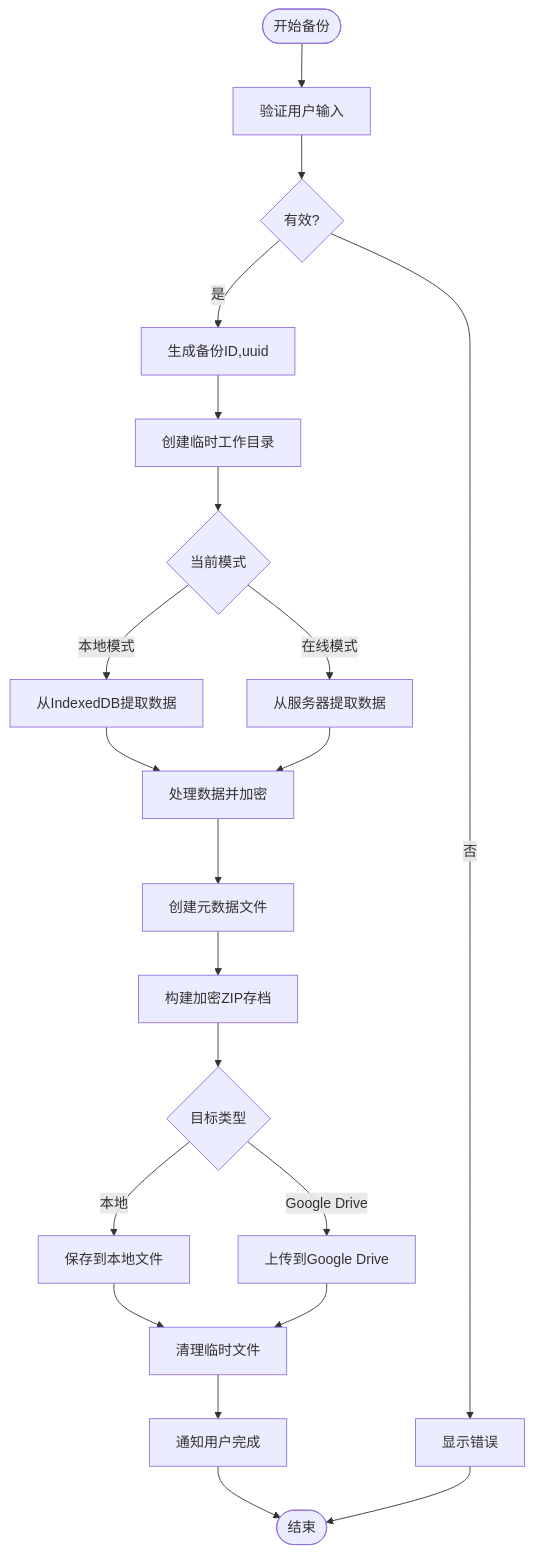
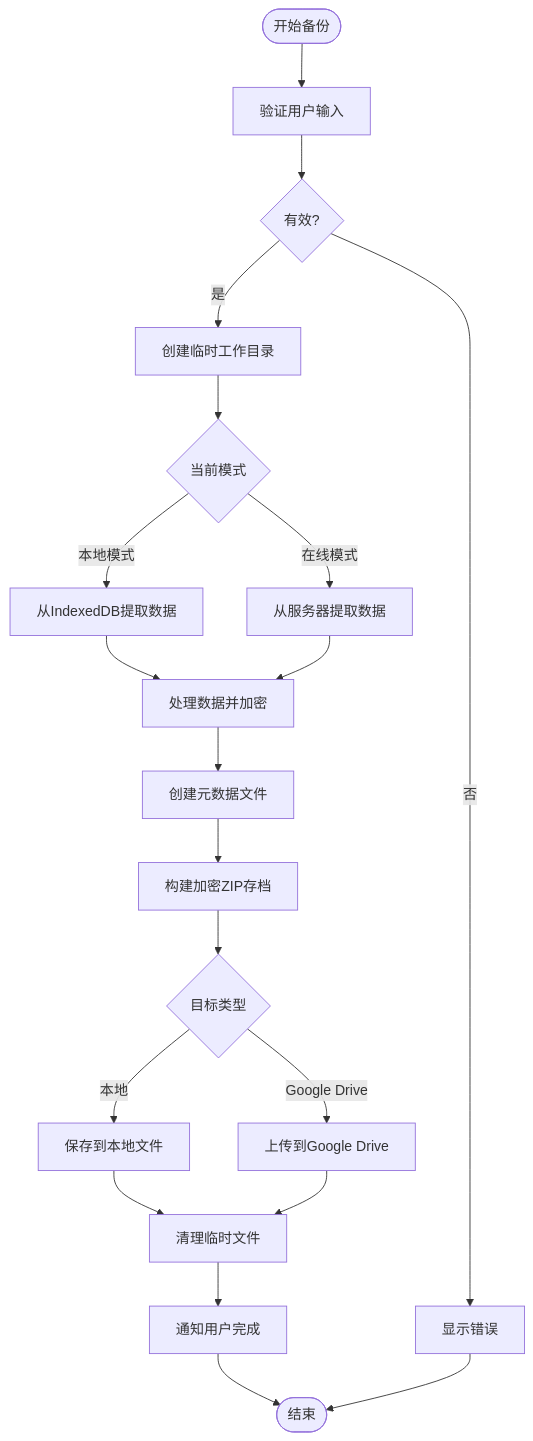
The diagram in all/未命名-60.md (yingjianzh/iodraw-files), drawn with Mermaid before and after one commit.

Commit message:
2025-05-15 13:39:04 update

````diff
--- a/all/未命名-60.md
+++ b/all/未命名-60.md
@@ -1,34 +1,32 @@
 ```mermaid
 
 
 flowchart TD
     Start([开始备份]) --> ValidateInput[验证用户输入]
     ValidateInput --> InputValid{有效?}
     InputValid -->|否| ShowError[显示错误]
-    InputValid -->|是| GenerateBackupID[生成备份ID,uuid]
-    
-    GenerateBackupID --> CreateTemp[创建临时工作目录]
+    InputValid -->|是| CreateTemp[创建临时工作目录]
     
     CreateTemp --> CheckMode{当前模式}
     CheckMode -->|本地模式| ExtractFromIndexedDB[从IndexedDB提取数据]
     CheckMode -->|在线模式| ExtractFromServer[从服务器提取数据]
     
     ExtractFromIndexedDB --> ProcessData[处理数据并加密]
     ExtractFromServer --> ProcessData
     
     ProcessData --> CreateMetadata[创建元数据文件]
     CreateMetadata --> BuildArchive[构建加密ZIP存档]
     
     BuildArchive --> DestinationType{目标类型}
     DestinationType -->|本地| SaveToLocal[保存到本地文件]
     DestinationType -->|Google Drive| UploadToGDrive[上传到Google Drive]
     
     SaveToLocal --> CleanupTemp[清理临时文件]
     UploadToGDrive --> CleanupTemp
     
     CleanupTemp --> NotifyUser[通知用户完成]
     NotifyUser --> End([结束])
     
     ShowError --> End
 
 ```
````
